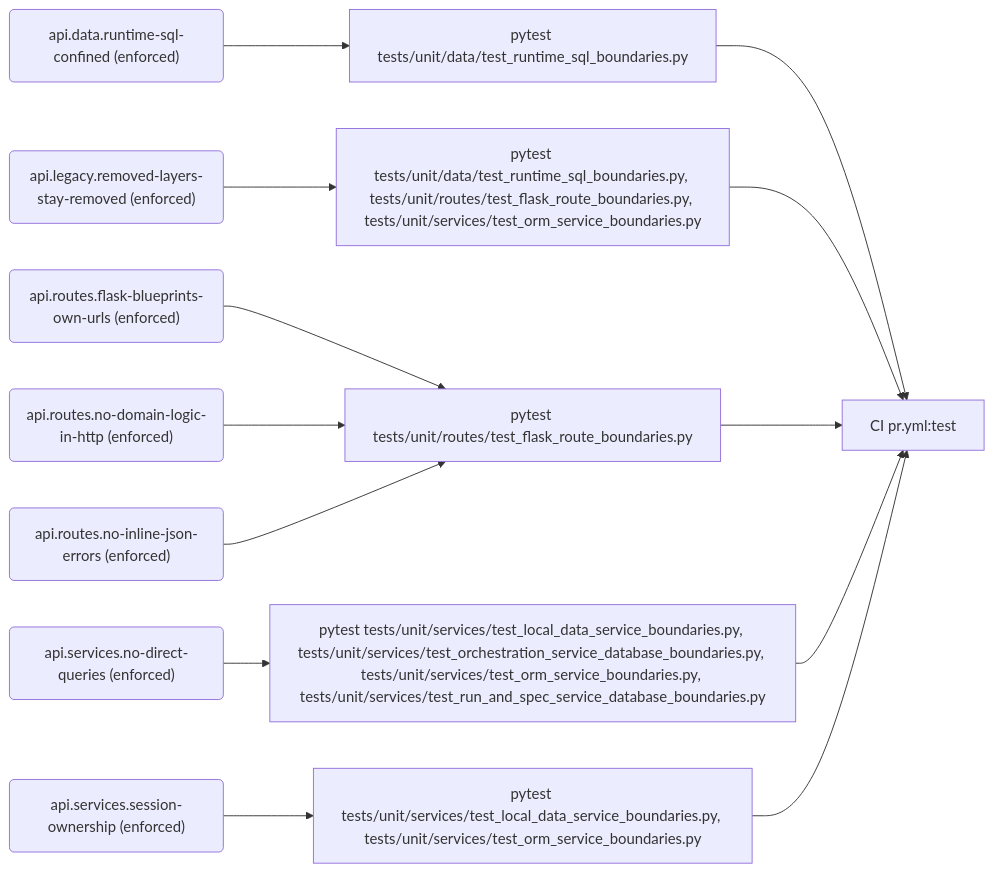
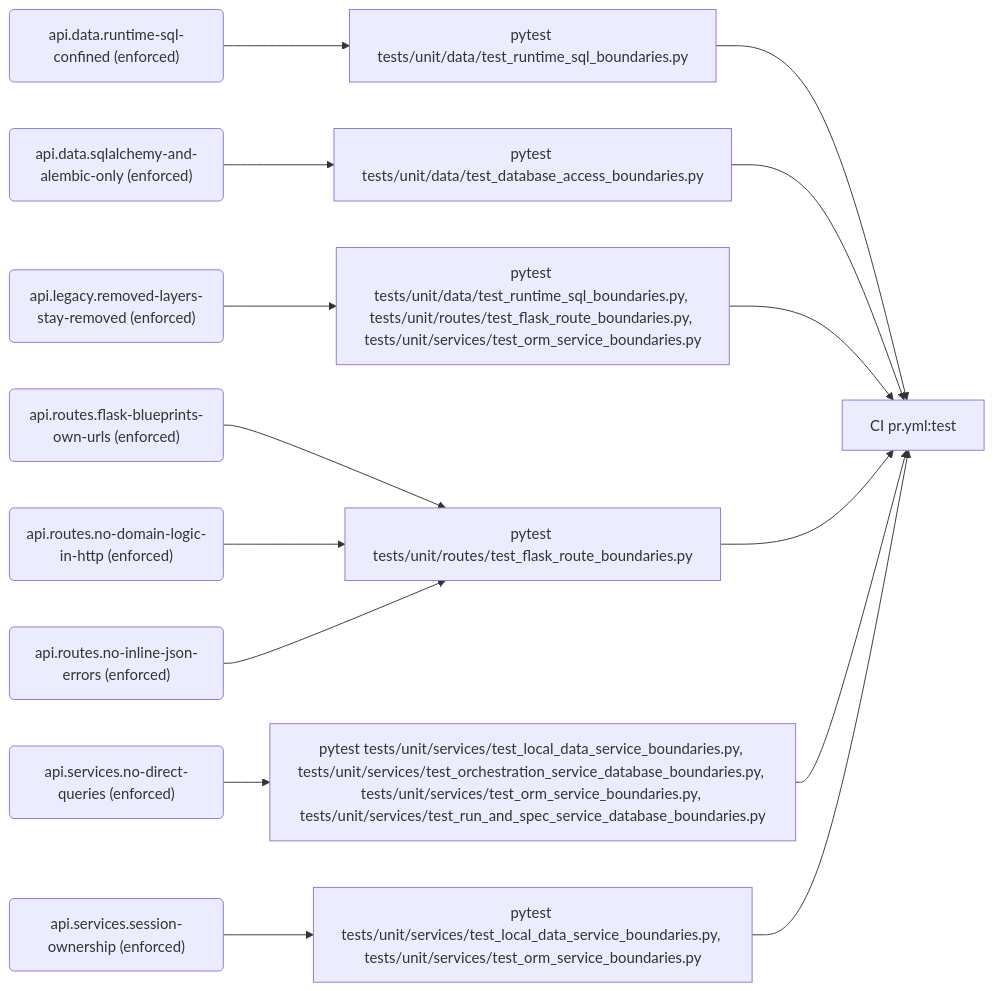
One commit to PolicyEngine/policyengine-api changed the second of 10 diagrams in docs/generated/rules.md. Above: the diagram before and after it, drawn with Mermaid. The commit also changed other lines of this file and 7 other files, not shown here.

````diff
--- a/docs/generated/rules.md
+++ b/docs/generated/rules.md
@@ -133,28 +134,32 @@
 ```mermaid
 flowchart LR
   r_api_data_runtime_sql_confined("api.data.runtime-sql-confined (enforced)")
   e_pytest_tests_unit_data_test_runtime_sql_boundaries_py["pytest tests/unit/data/test_runtime_sql_boundaries.py"]
   j_CI_pr_yml_test["CI pr.yml:test"]
+  r_api_data_sqlalchemy_and_alembic_only("api.data.sqlalchemy-and-alembic-only (enforced)")
+  e_pytest_tests_unit_data_test_database_access_boundaries_py["pytest tests/unit/data/test_database_access_boundaries.py"]
   r_api_legacy_removed_layers_stay_removed("api.legacy.removed-layers-stay-removed (enforced)")
   e_pytest_tests_unit_data_test_runtime_sql_boundaries_py__tests_unit_routes_test_flask_route_boundaries_py__tests_unit_services_test_orm_service_boundaries_py["pytest tests/unit/data/test_runtime_sql_boundaries.py, tests/unit/routes/test_flask_route_boundaries.py, tests/unit/services/test_orm_service_boundaries.py"]
   r_api_routes_flask_blueprints_own_urls("api.routes.flask-blueprints-own-urls (enforced)")
   e_pytest_tests_unit_routes_test_flask_route_boundaries_py["pytest tests/unit/routes/test_flask_route_boundaries.py"]
   r_api_routes_no_domain_logic_in_http("api.routes.no-domain-logic-in-http (enforced)")
   r_api_routes_no_inline_json_errors("api.routes.no-inline-json-errors (enforced)")
   r_api_services_no_direct_queries("api.services.no-direct-queries (enforced)")
   e_pytest_tests_unit_services_test_local_data_service_boundaries_py__tests_unit_services_test_orchestration_service_database_boundaries_py__tests_unit_services_test_orm_service_boundaries_py__tests_unit_services_test_run_and_spec_service_database_boundaries_py["pytest tests/unit/services/test_local_data_service_boundaries.py, tests/unit/services/test_orchestration_service_database_boundaries.py, tests/unit/services/test_orm_service_boundaries.py, tests/unit/services/test_run_and_spec_service_database_boundaries.py"]
   r_api_services_session_ownership("api.services.session-ownership (enforced)")
   e_pytest_tests_unit_services_test_local_data_service_boundaries_py__tests_unit_services_test_orm_service_boundaries_py["pytest tests/unit/services/test_local_data_service_boundaries.py, tests/unit/services/test_orm_service_boundaries.py"]
   r_api_data_runtime_sql_confined --> e_pytest_tests_unit_data_test_runtime_sql_boundaries_py
   e_pytest_tests_unit_data_test_runtime_sql_boundaries_py --> j_CI_pr_yml_test
+  r_api_data_sqlalchemy_and_alembic_only --> e_pytest_tests_unit_data_test_database_access_boundaries_py
+  e_pytest_tests_unit_data_test_database_access_boundaries_py --> j_CI_pr_yml_test
   r_api_legacy_removed_layers_stay_removed --> e_pytest_tests_unit_data_test_runtime_sql_boundaries_py__tests_unit_routes_test_flask_route_boundaries_py__tests_unit_services_test_orm_service_boundaries_py
   e_pytest_tests_unit_data_test_runtime_sql_boundaries_py__tests_unit_routes_test_flask_route_boundaries_py__tests_unit_services_test_orm_service_boundaries_py --> j_CI_pr_yml_test
   r_api_routes_flask_blueprints_own_urls --> e_pytest_tests_unit_routes_test_flask_route_boundaries_py
   e_pytest_tests_unit_routes_test_flask_route_boundaries_py --> j_CI_pr_yml_test
   r_api_routes_no_domain_logic_in_http --> e_pytest_tests_unit_routes_test_flask_route_boundaries_py
   r_api_routes_no_inline_json_errors --> e_pytest_tests_unit_routes_test_flask_route_boundaries_py
   r_api_services_no_direct_queries --> e_pytest_tests_unit_services_test_local_data_service_boundaries_py__tests_unit_services_test_orchestration_service_database_boundaries_py__tests_unit_services_test_orm_service_boundaries_py__tests_unit_services_test_run_and_spec_service_database_boundaries_py
   e_pytest_tests_unit_services_test_local_data_service_boundaries_py__tests_unit_services_test_orchestration_service_database_boundaries_py__tests_unit_services_test_orm_service_boundaries_py__tests_unit_services_test_run_and_spec_service_database_boundaries_py --> j_CI_pr_yml_test
   r_api_services_session_ownership --> e_pytest_tests_unit_services_test_local_data_service_boundaries_py__tests_unit_services_test_orm_service_boundaries_py
   e_pytest_tests_unit_services_test_local_data_service_boundaries_py__tests_unit_services_test_orm_service_boundaries_py --> j_CI_pr_yml_test
 ```
````
